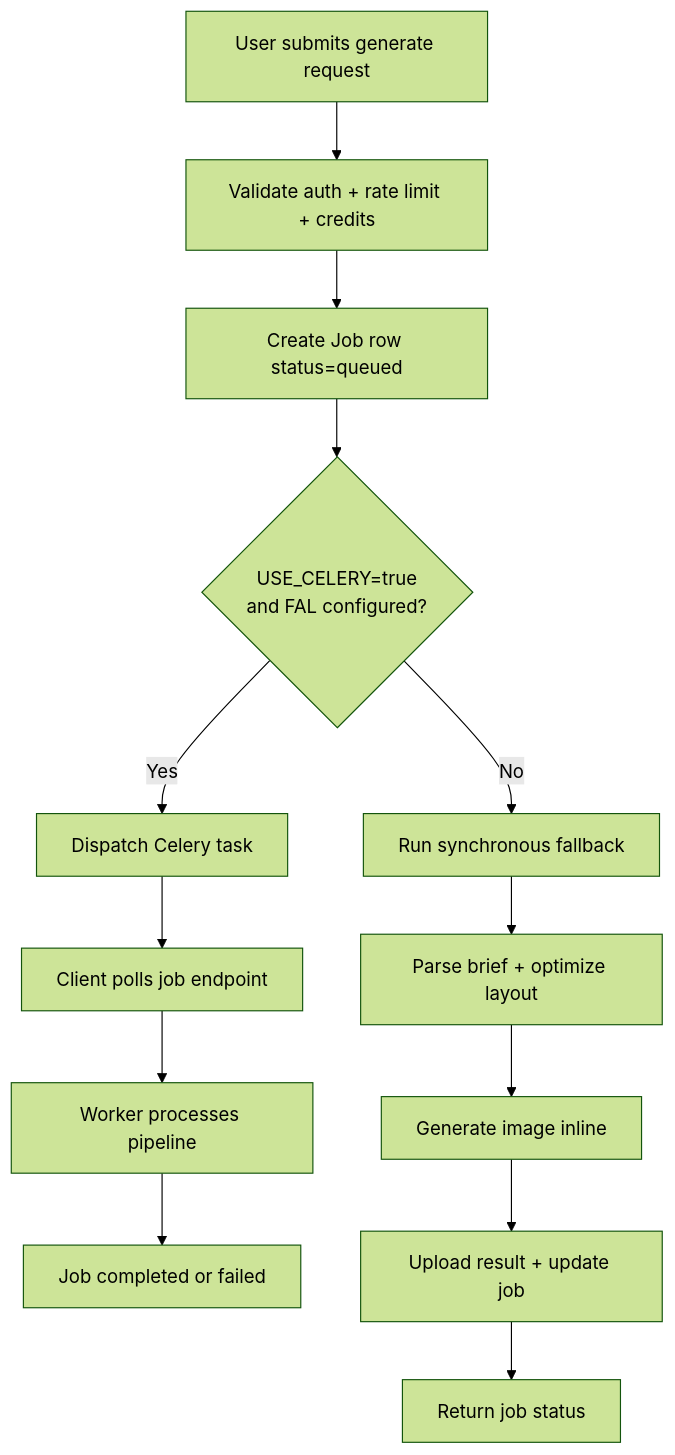
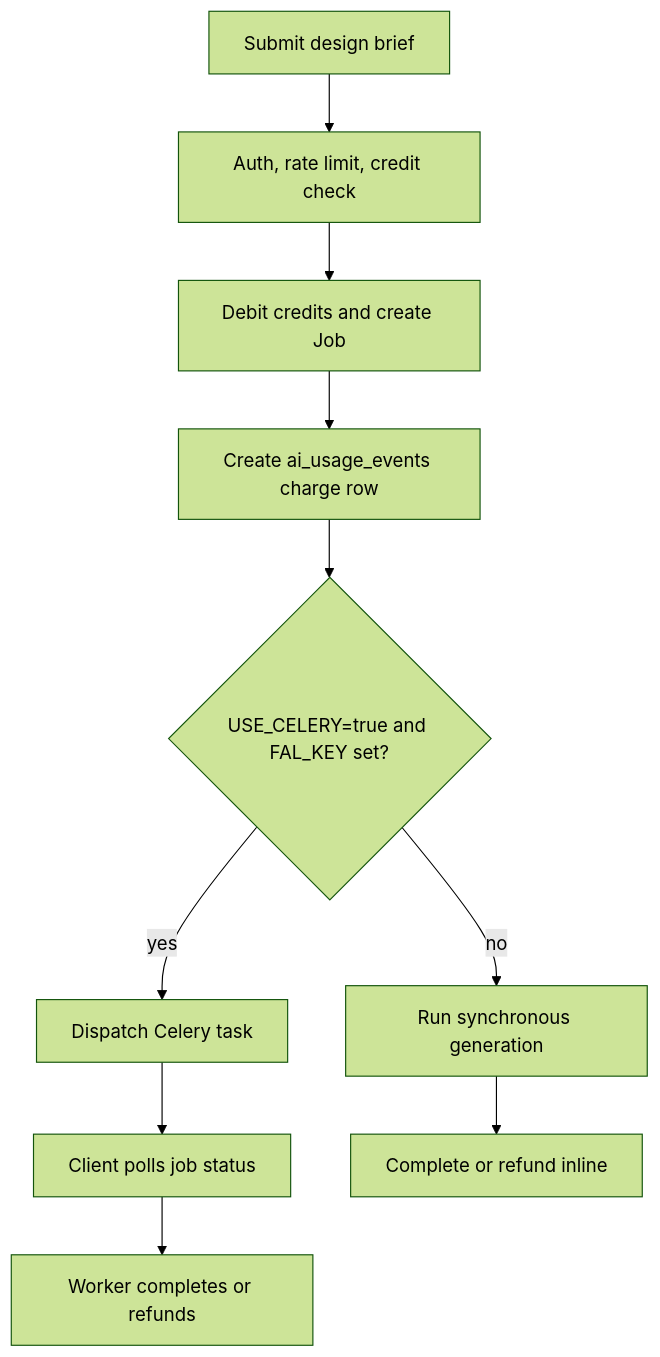
The first of 2 diagrams in docs/architecture/design-generation-sequence.md (xichuan99/design-studio), drawn with Mermaid (forest theme) before and after one commit. The commit also changed other lines of this file and 45 other files, not shown here.

First line of the commit message:
fix(billing): add DB-level refund idempotency constraint + hardened worker guard

````diff
--- a/docs/architecture/design-generation-sequence.md
+++ b/docs/architecture/design-generation-sequence.md
@@ -44,16 +9,12 @@
 ```mermaid
 flowchart TD
-    A[User submits generate request] --> B[Validate auth + rate limit + credits]
-    B --> C[Create Job row status=queued]
-    C --> D{USE_CELERY=true\nand FAL configured?}
-    D -- Yes --> E[Dispatch Celery task]
-    E --> F[Client polls job endpoint]
-    F --> G[Worker processes pipeline]
-    G --> H[Job completed or failed]
-
-    D -- No --> I[Run synchronous fallback]
-    I --> J[Parse brief + optimize layout]
-    J --> K[Generate image inline]
-    K --> L[Upload result + update job]
-    L --> M[Return job status]
+    A[Submit design brief] --> B[Auth, rate limit, credit check]
+    B --> C[Debit credits and create Job]
+    C --> D[Create ai_usage_events charge row]
+    D --> E{USE_CELERY=true and FAL_KEY set?}
+    E -- yes --> F[Dispatch Celery task]
+    F --> G[Client polls job status]
+    G --> H[Worker completes or refunds]
+    E -- no --> I[Run synchronous generation]
+    I --> J[Complete or refund inline]
 ```
````
